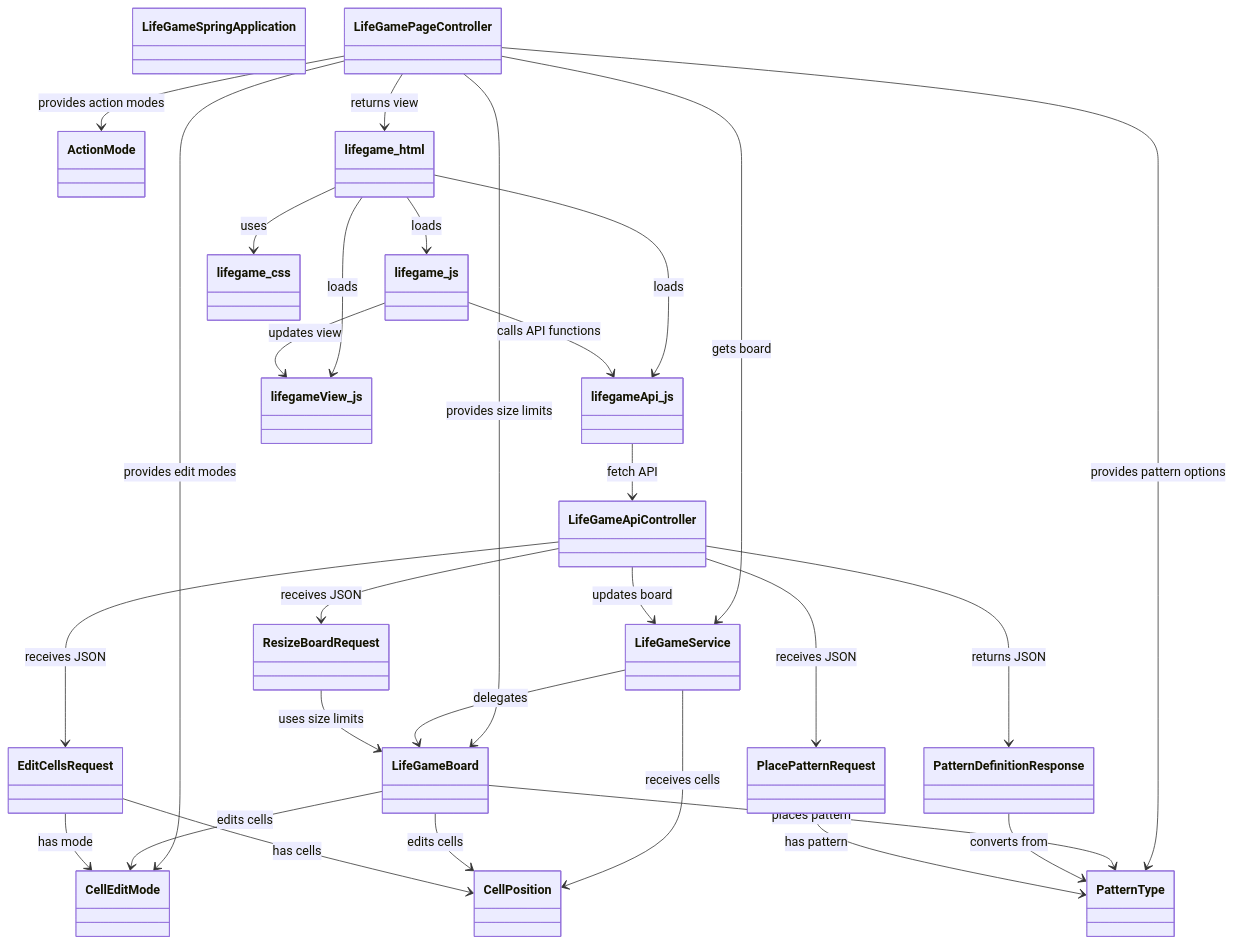
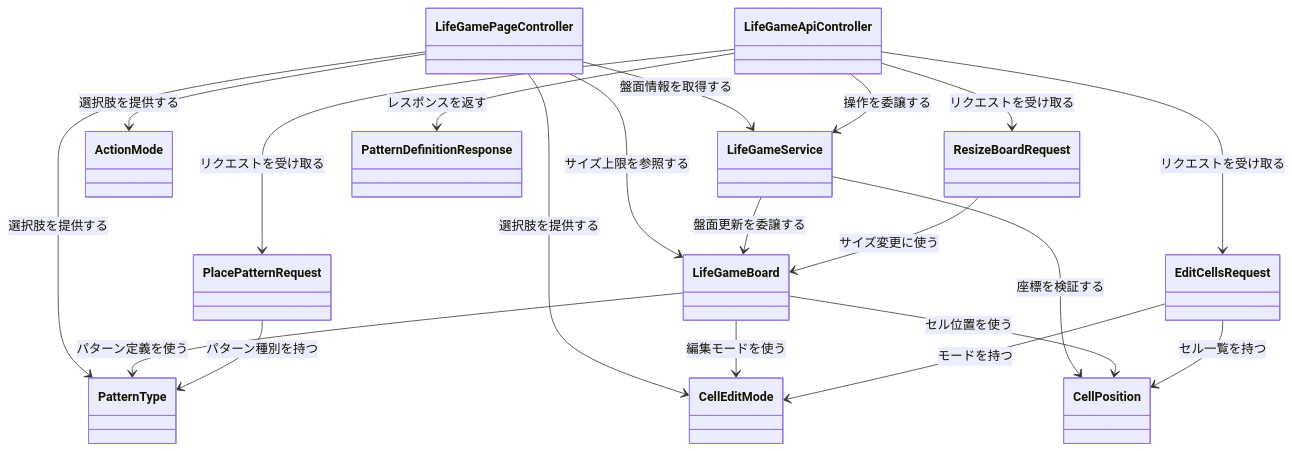
Before and after one commit to mkunori/LifeGame: the first of 3 diagrams in README.md, drawn with Mermaid. The commit also changed other lines of this file, not shown here.

````diff
--- a/README.md
+++ b/README.md
@@ -365,57 +203,39 @@
 ```mermaid
 classDiagram
-    class LifeGameSpringApplication
     class LifeGamePageController
     class LifeGameApiController
     class LifeGameService
     class LifeGameBoard
     class PatternType
     class CellEditMode
     class ActionMode
     class CellPosition
     class EditCellsRequest
     class PlacePatternRequest
     class ResizeBoardRequest
     class PatternDefinitionResponse
-    class lifegame_html
-    class lifegameApi_js
-    class lifegameView_js
-    class lifegame_js
-    class lifegame_css
 
-    LifeGamePageController --> LifeGameService : gets board
-    LifeGamePageController --> PatternType : provides pattern options
-    LifeGamePageController --> CellEditMode : provides edit modes
-    LifeGamePageController --> ActionMode : provides action modes
-    LifeGamePageController --> LifeGameBoard : provides size limits
-    LifeGamePageController --> lifegame_html : returns view
+    LifeGamePageController --> LifeGameService : 盤面情報を取得する
+    LifeGamePageController --> PatternType : 選択肢を提供する
+    LifeGamePageController --> CellEditMode : 選択肢を提供する
+    LifeGamePageController --> ActionMode : 選択肢を提供する
+    LifeGamePageController --> LifeGameBoard : サイズ上限を参照する
 
-    LifeGameApiController --> LifeGameService : updates board
-    LifeGameApiController --> EditCellsRequest : receives JSON
-    LifeGameApiController --> PlacePatternRequest : receives JSON
-    LifeGameApiController --> ResizeBoardRequest : receives JSON
-    LifeGameApiController --> PatternDefinitionResponse : returns JSON
+    LifeGameApiController --> LifeGameService : 操作を委譲する
+    LifeGameApiController --> EditCellsRequest : リクエストを受け取る
+    LifeGameApiController --> PlacePatternRequest : リクエストを受け取る
+    LifeGameApiController --> ResizeBoardRequest : リクエストを受け取る
+    LifeGameApiController --> PatternDefinitionResponse : レスポンスを返す
 
-    LifeGameService --> LifeGameBoard : delegates
-    LifeGameService --> CellPosition : receives cells
+    LifeGameService --> LifeGameBoard : 盤面更新を委譲する
+    LifeGameService --> CellPosition : 座標を検証する
 
-    LifeGameBoard --> PatternType : places pattern
-    LifeGameBoard --> CellEditMode : edits cells
-    LifeGameBoard --> CellPosition : edits cells
+    LifeGameBoard --> PatternType : パターン定義を使う
+    LifeGameBoard --> CellEditMode : 編集モードを使う
+    LifeGameBoard --> CellPosition : セル位置を使う
 
-    PatternDefinitionResponse --> PatternType : converts from
-
-    EditCellsRequest --> CellEditMode : has mode
-    EditCellsRequest --> CellPosition : has cells
-    PlacePatternRequest --> PatternType : has pattern
-    ResizeBoardRequest --> LifeGameBoard : uses size limits
-
-    lifegame_html --> lifegame_css : uses
-    lifegame_html --> lifegameApi_js : loads
-    lifegame_html --> lifegameView_js : loads
-    lifegame_html --> lifegame_js : loads
-
-    lifegame_js --> lifegameApi_js : calls API functions
-    lifegame_js --> lifegameView_js : updates view
-    lifegameApi_js --> LifeGameApiController : fetch API
+    EditCellsRequest --> CellEditMode : モードを持つ
+    EditCellsRequest --> CellPosition : セル一覧を持つ
+    PlacePatternRequest --> PatternType : パターン種別を持つ
+    ResizeBoardRequest --> LifeGameBoard : サイズ変更に使う
 ```
````
